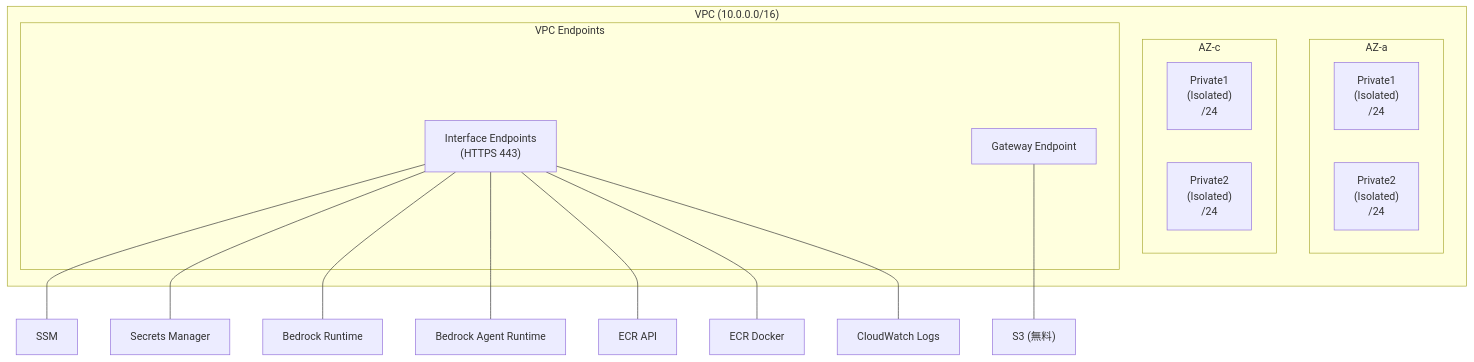
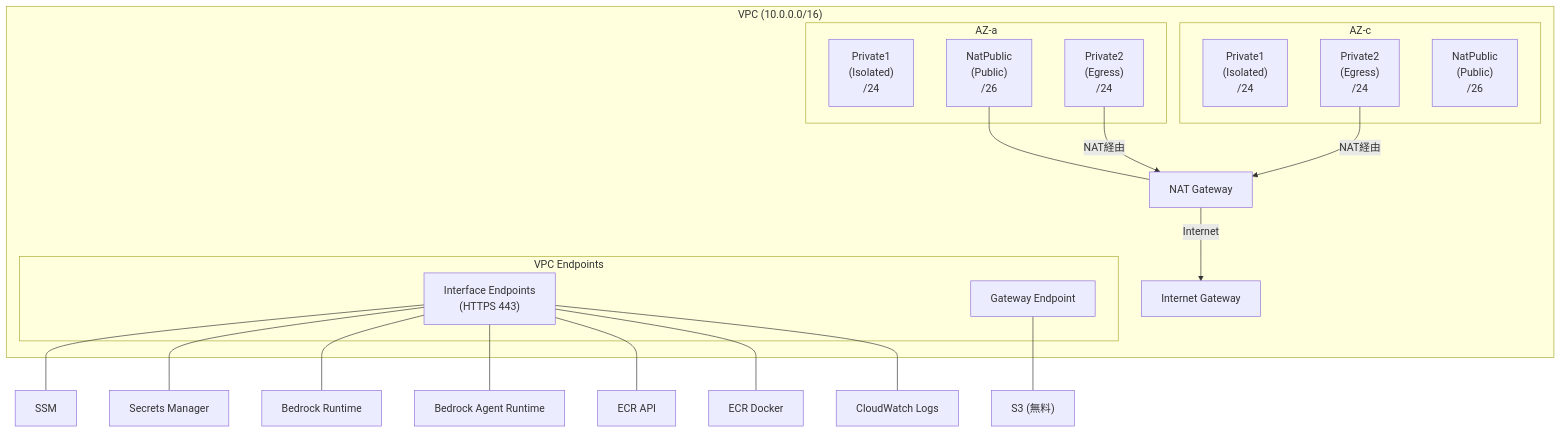
One commit to sori883/myfriend changed the first of 2 diagrams in docs/設計/AWS/ネットワーク.md. Above: the diagram before and after it, drawn with Mermaid. The commit also changed other lines of this file and 23 other files, not shown here.

````diff
--- a/docs/設計/AWS/ネットワーク.md
+++ b/docs/設計/AWS/ネットワーク.md
@@ -5,27 +5,35 @@
 ```mermaid
 graph TB
     subgraph "VPC (10.0.0.0/16)"
         subgraph "AZ-a"
             P1a["Private1<br/>(Isolated)<br/>/24"]
-            P2a["Private2<br/>(Isolated)<br/>/24"]
+            P2a["Private2<br/>(Egress)<br/>/24"]
+            NP_a["NatPublic<br/>(Public)<br/>/26"]
         end
         subgraph "AZ-c"
             P1c["Private1<br/>(Isolated)<br/>/24"]
-            P2c["Private2<br/>(Isolated)<br/>/24"]
+            P2c["Private2<br/>(Egress)<br/>/24"]
+            NP_c["NatPublic<br/>(Public)<br/>/26"]
         end
+
+        NAT["NAT Gateway"]
+        NP_a --- NAT
+        P2a -->|"NAT経由"| NAT
+        P2c -->|"NAT経由"| NAT
+        NAT -->|"Internet"| IGW["Internet Gateway"]
 
         subgraph "VPC Endpoints"
             VPCE_IF["Interface Endpoints<br/>(HTTPS 443)"]
             VPCE_GW["Gateway Endpoint"]
         end
     end
 
     VPCE_IF --- SSM["SSM"]
     VPCE_IF --- SECM["Secrets Manager"]
     VPCE_IF --- BRR["Bedrock Runtime"]
     VPCE_IF --- BRAR["Bedrock Agent Runtime"]
     VPCE_IF --- ECRA["ECR API"]
     VPCE_IF --- ECRD["ECR Docker"]
     VPCE_IF --- CWL["CloudWatch Logs"]
     VPCE_GW --- S3["S3 (無料)"]
 ```
````
